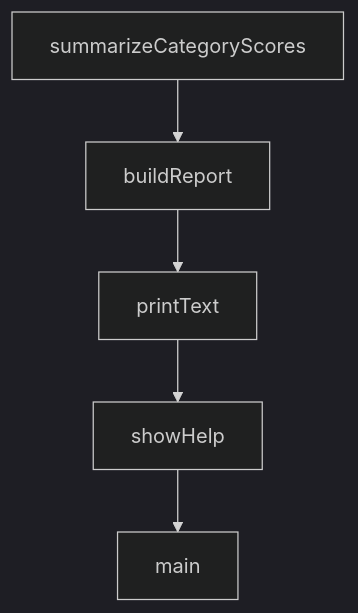
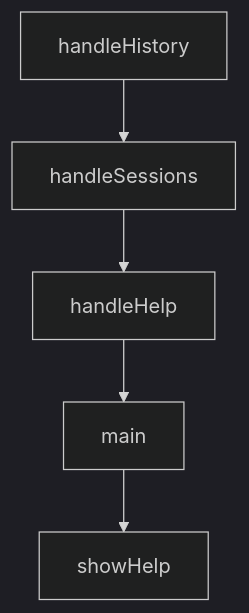
Before and after one commit to johnxie/awesome-code-docs: the diagram in tutorials/everything-claude-code-tutorial/04-agents-skills-and-command-orchestration.md, drawn with Mermaid (dark theme). The commit also changed other lines of this file and 1232 other files, not shown here.

````diff
--- a/tutorials/everything-claude-code-tutorial/04-agents-skills-and-command-orchestration.md
+++ b/tutorials/everything-claude-code-tutorial/04-agents-skills-and-command-orchestration.md
@@ -217,12 +215,12 @@
 ```mermaid
 flowchart TD
-    A[summarizeCategoryScores]
-    B[buildReport]
-    C[printText]
-    D[showHelp]
-    E[main]
+    A[handleHistory]
+    B[handleSessions]
+    C[handleHelp]
+    D[main]
+    E[showHelp]
     A --> B
     B --> C
     C --> D
     D --> E
 ```
````
